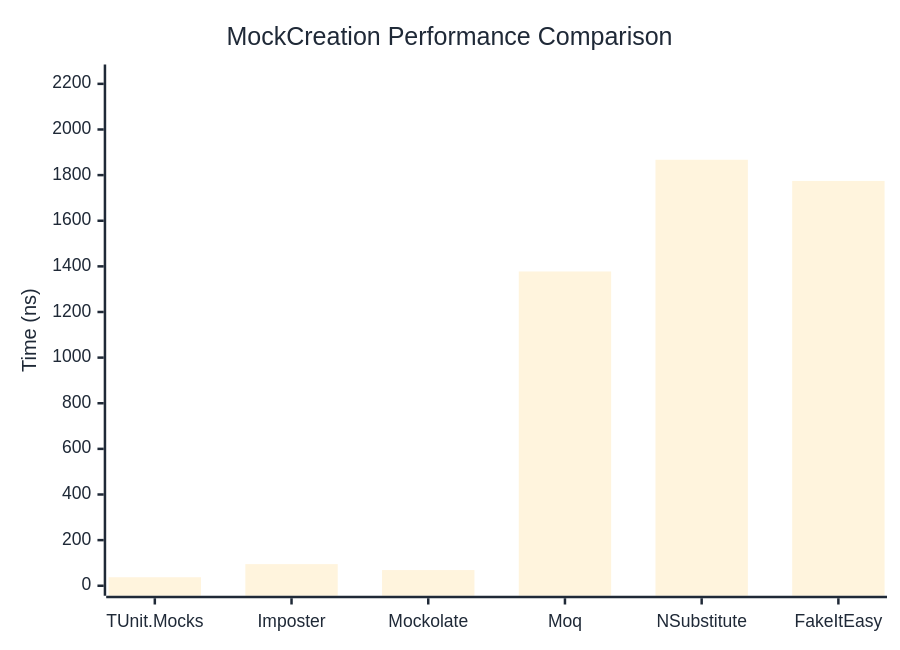
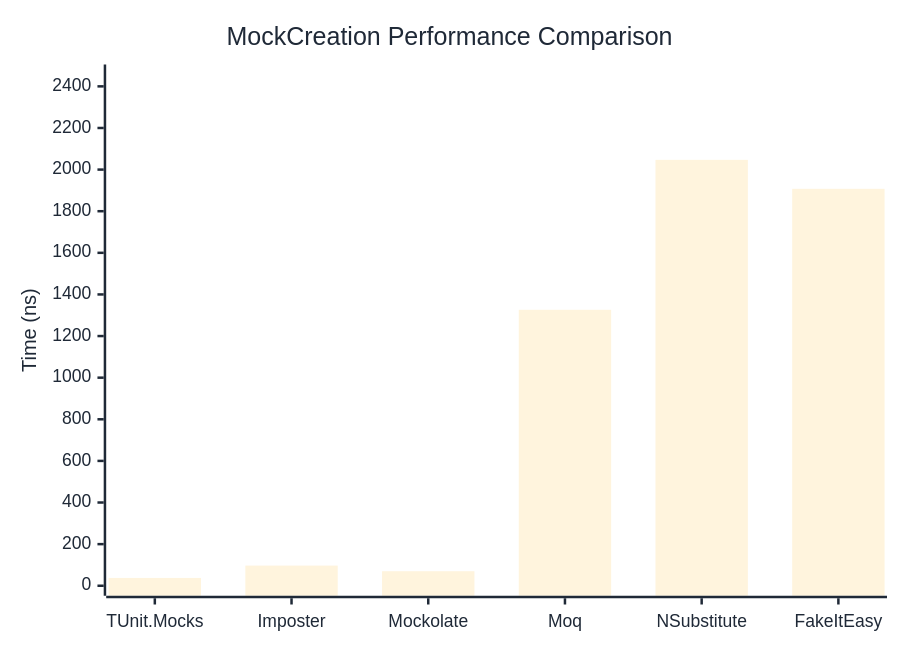
One commit to thomhurst/TUnit changed the first of 2 diagrams in docs/docs/benchmarks/mocks/MockCreation.md. Above: the diagram before and after it, drawn with Mermaid. The commit also changed other lines of this file and 13 other files, not shown here.

````diff
--- a/docs/docs/benchmarks/mocks/MockCreation.md
+++ b/docs/docs/benchmarks/mocks/MockCreation.md
@@ -28,27 +28,27 @@
 ```mermaid
 %%{init: {
   'theme':'base',
   'themeVariables': {
     'primaryColor': '#2563eb',
     'primaryTextColor': '#1f2937',
     'primaryBorderColor': '#1e40af',
     'lineColor': '#6b7280',
     'secondaryColor': '#7c3aed',
     'tertiaryColor': '#dc2626',
     'background': '#ffffff',
     'pie1': '#2563eb',
     'pie2': '#7c3aed',
     'pie3': '#dc2626',
     'pie4': '#f59e0b',
     'pie5': '#10b981',
     'pie6': '#06b6d4',
     'pie7': '#ec4899',
     'pie8': '#6366f1'
   }
 }}%%
 xychart-beta
   title "MockCreation Performance Comparison"
   x-axis ["TUnit.Mocks", "Imposter", "Mockolate", "Moq", "NSubstitute", "FakeItEasy"]
-  y-axis "Time (ns)" 0 --> 2241
-  bar [37.32, 94.75, 68.77, 1377.57, 1867.26, 1774.46]
+  y-axis "Time (ns)" 0 --> 2457
+  bar [37.52, 96.91, 69.78, 1326.18, 2046.81, 1907.65]
 ```
````
